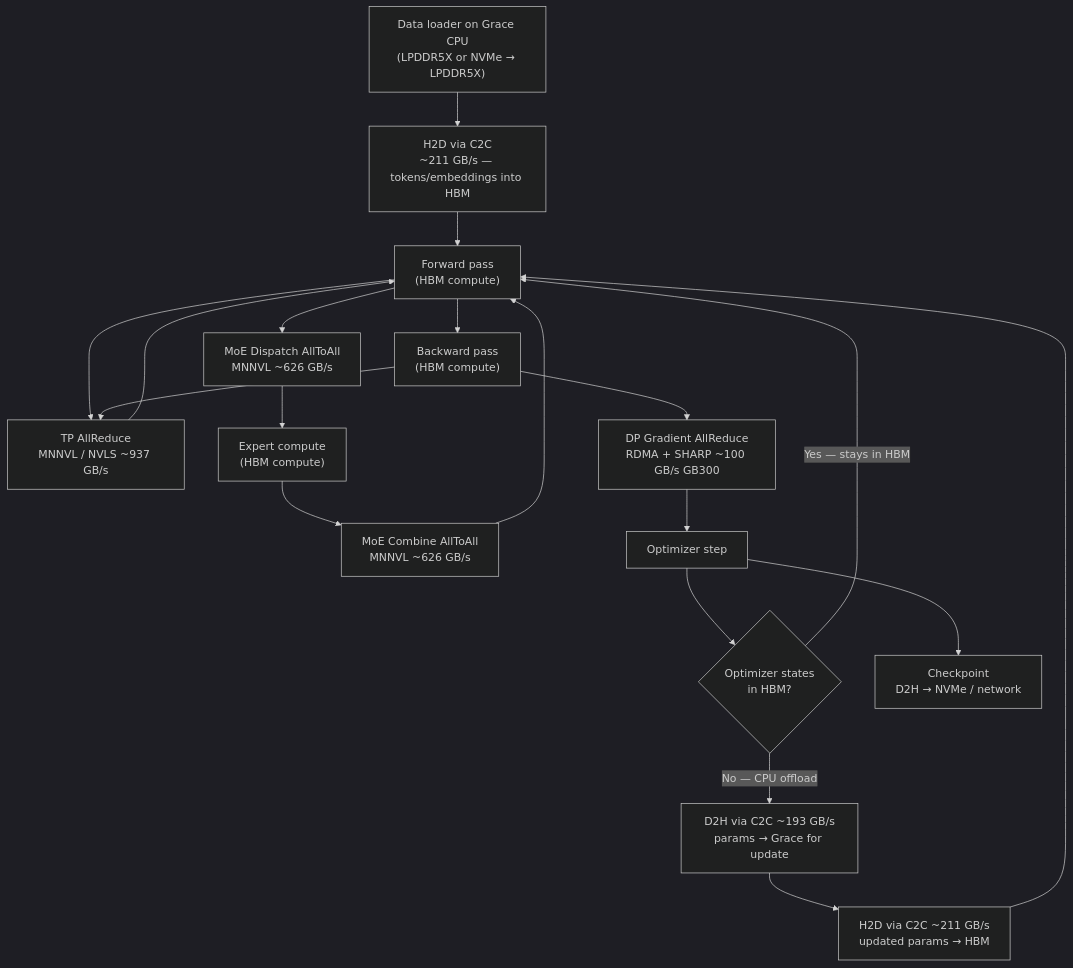
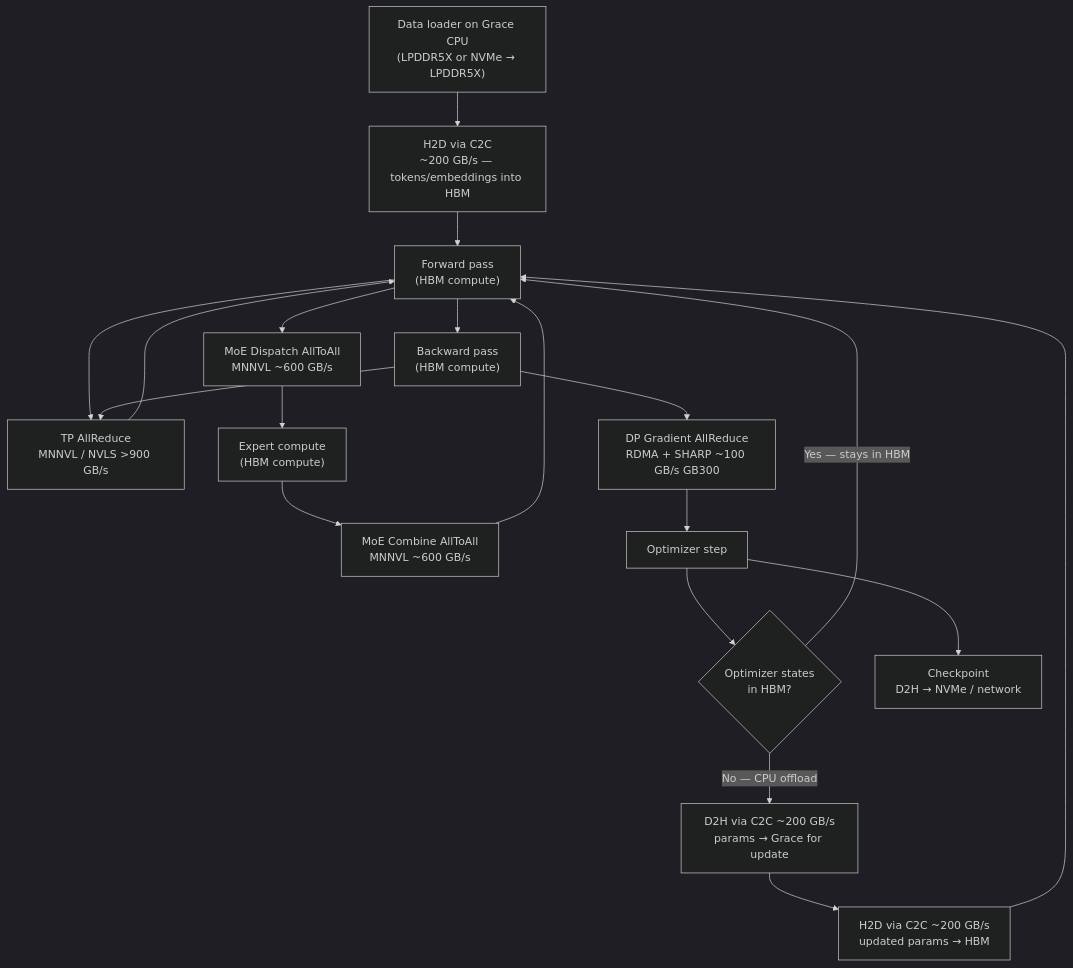
Before and after one commit to dfwguy/validation: diagram 11 of 11 in nvl72.md, drawn with Mermaid (dark theme). The commit also changed other lines of this file, not shown here.

````diff
--- a/nvl72.md
+++ b/nvl72.md
@@ -627,28 +627,28 @@
 ```mermaid
 flowchart TD
     DL["Data loader on Grace CPU<br/>(LPDDR5X or NVMe → LPDDR5X)"]
-    H2D["H2D via C2C<br/>~211 GB/s — tokens/embeddings into HBM"]
+    H2D["H2D via C2C<br/>~200 GB/s — tokens/embeddings into HBM"]
     FWD["Forward pass<br/>(HBM compute)"]
-    TP_AR["TP AllReduce<br/>MNNVL / NVLS ~937 GB/s"]
-    EP_D["MoE Dispatch AllToAll<br/>MNNVL ~626 GB/s"]
+    TP_AR["TP AllReduce<br/>MNNVL / NVLS >900 GB/s"]
+    EP_D["MoE Dispatch AllToAll<br/>MNNVL ~600 GB/s"]
     EXP["Expert compute<br/>(HBM compute)"]
-    EP_C["MoE Combine AllToAll<br/>MNNVL ~626 GB/s"]
+    EP_C["MoE Combine AllToAll<br/>MNNVL ~600 GB/s"]
     BWD["Backward pass<br/>(HBM compute)"]
     DP_AR["DP Gradient AllReduce<br/>RDMA + SHARP ~100 GB/s GB300"]
     OPT["Optimizer step"]
     OFFLOAD{"Optimizer states<br/>in HBM?"}
-    D2H["D2H via C2C ~193 GB/s<br/>params → Grace for update"]
-    H2D2["H2D via C2C ~211 GB/s<br/>updated params → HBM"]
+    D2H["D2H via C2C ~200 GB/s<br/>params → Grace for update"]
+    H2D2["H2D via C2C ~200 GB/s<br/>updated params → HBM"]
     CKPT["Checkpoint<br/>D2H → NVMe / network"]
 
     DL --> H2D --> FWD
     FWD --> TP_AR --> FWD
     FWD --> EP_D --> EXP --> EP_C --> FWD
     FWD --> BWD
     BWD --> TP_AR
     BWD --> DP_AR --> OPT
     OPT --> OFFLOAD
     OFFLOAD -->|"Yes — stays in HBM"| FWD
     OFFLOAD -->|"No — CPU offload"| D2H --> H2D2 --> FWD
     OPT --> CKPT
 ```
````
